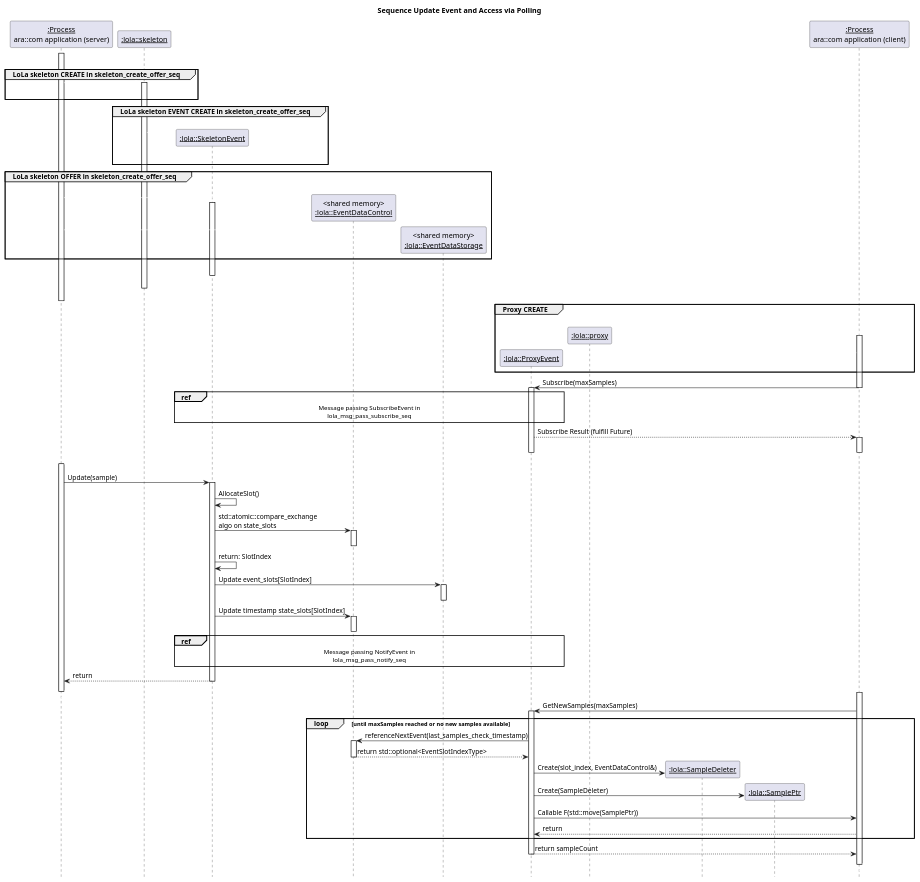
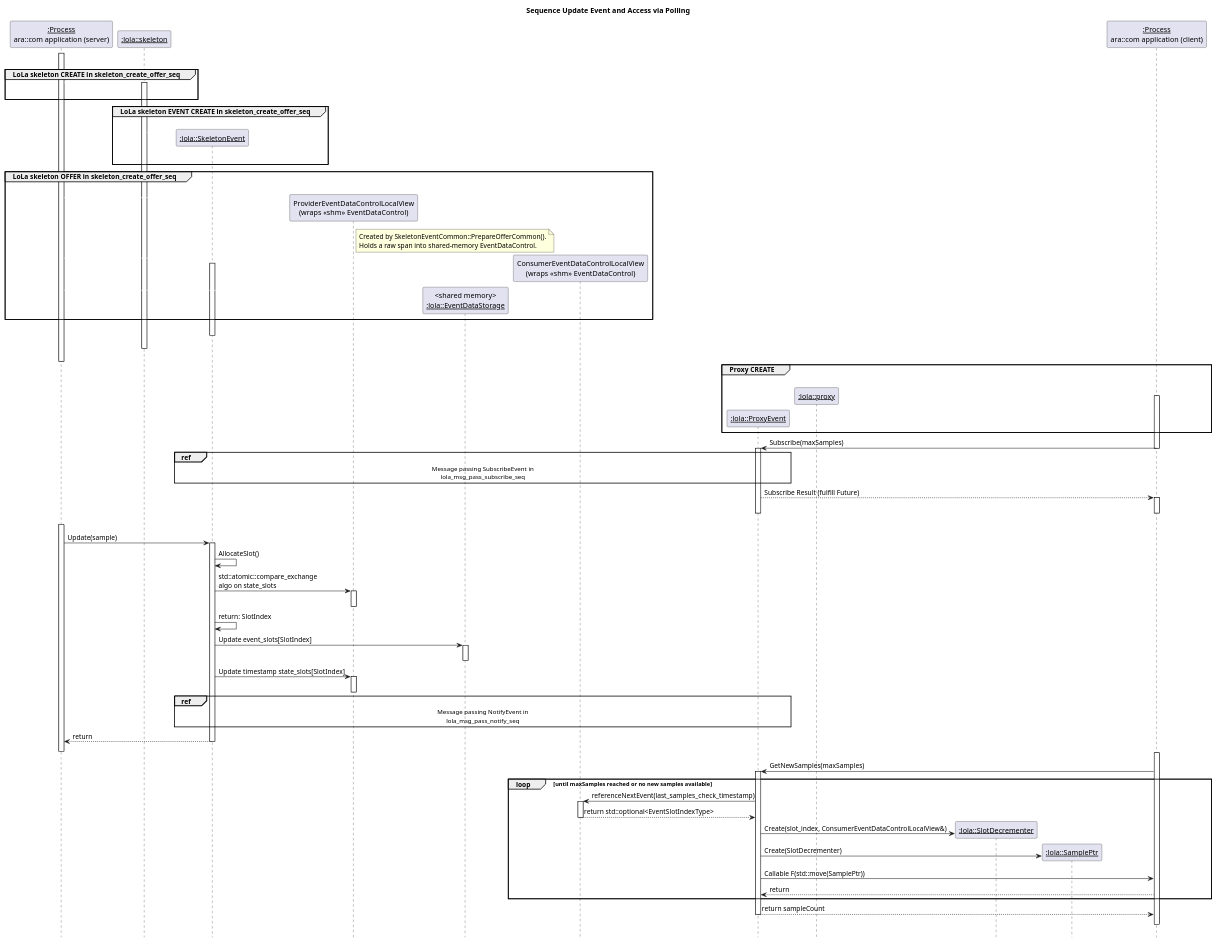
The diagram in score/mw/com/design/events_fields/event_poll_lola_seq.puml (eclipse-score/communication), drawn with PlantUML before and after one commit. The commit also changed 14 other files, not shown here.

Commit message:
update UML/diagrams to reflect local view architecture

```diff
--- a/score/mw/com/design/events_fields/event_poll_lola_seq.puml
+++ b/score/mw/com/design/events_fields/event_poll_lola_seq.puml
@@ -1,105 +1,112 @@
 @startuml event_poll_lola_seq
 title "Sequence Update Event and Access via Polling"
 hide footbox
 
 participant "<u>:Process</u>\nara::com application (server)" as Process1
 participant "<u>:lola::skeleton</u>" as skeleton
 participant "<u>:lola::SkeletonEvent</u>" as SkeletonEvent
-participant "<shared memory>\n<u>:lola::EventDataControl</u>" as EventDataControl
+participant "ProviderEventDataControlLocalView\n(wraps <<shm>> EventDataControl)" as ProviderLocalView
 participant "<shared memory>\n<u>:lola::EventDataStorage</u>" as EventDataStorage
+participant "ConsumerEventDataControlLocalView\n(wraps <<shm>> EventDataControl)" as ConsumerLocalView
 participant "<u>:lola::ProxyEvent</u>" as ProxyEvent
 participant "<u>:lola::proxy</u>" as proxy
-participant "<u>:lola::SampleDeleter</u>" as SampleDeleter
+participant "<u>:lola::SlotDecrementer</u>" as SlotDecrementer
 participant "<u>:lola::SamplePtr</u>" as SamplePtr
 participant "<u>:Process</u>\nara::com application (client)" as Process2
 
 activate Process1
 |||
 group LoLa skeleton CREATE in skeleton_create_offer_seq
     Process1 -[#white]> skeleton
     activate skeleton
     |||
 end
 
 group LoLa skeleton EVENT CREATE in skeleton_create_offer_seq
     |||
     create SkeletonEvent
     skeleton -[#white]> SkeletonEvent
     |||
 end
 
 group LoLa skeleton OFFER in skeleton_create_offer_seq
     |||
-    create EventDataControl
-    Process1 -[#white]> EventDataControl
+    create ProviderLocalView
+    Process1 -[#white]> ProviderLocalView
+    note right of ProviderLocalView
+      Created by SkeletonEventCommon::PrepareOfferCommon().
+      Holds a raw span into shared-memory EventDataControl.
+    end note
+    create ConsumerLocalView
+    Process1 -[#white]> ConsumerLocalView
     activate SkeletonEvent
     create EventDataStorage
     Process1 -[#white]> EventDataStorage
 end
 |||
 deactivate SkeletonEvent
 |||
 deactivate skeleton
 |||
 deactivate Process1
 
 group Proxy CREATE
     |||
     create proxy
     Process2 -[#white]> proxy
     activate Process2
     create ProxyEvent
     Process2 -[#white]> ProxyEvent
 end
 
 Process2 -> ProxyEvent: Subscribe(maxSamples)
 deactivate Process2
 activate ProxyEvent
 ref over SkeletonEvent, ProxyEvent: Message passing SubscribeEvent in\nlola_msg_pass_subscribe_seq
 ProxyEvent --> Process2: Subscribe Result (fulfill Future)
 activate Process2
 deactivate ProxyEvent
 deactivate Process2
 
 Process1 -[#white]> Process1
 activate Process1
 Process1 -> SkeletonEvent: Update(sample)
 activate SkeletonEvent
 SkeletonEvent -> SkeletonEvent: AllocateSlot()
-SkeletonEvent -> EventDataControl: std::atomic::compare_exchange\nalgo on state_slots
-activate EventDataControl
-deactivate EventDataControl
+SkeletonEvent -> ProviderLocalView: std::atomic::compare_exchange\nalgo on state_slots
+activate ProviderLocalView
+deactivate ProviderLocalView
 SkeletonEvent -> SkeletonEvent: return: SlotIndex
 SkeletonEvent -> EventDataStorage: Update event_slots[SlotIndex]
 activate EventDataStorage
 deactivate EventDataStorage
-SkeletonEvent -> EventDataControl: Update timestamp state_slots[SlotIndex]
-activate EventDataControl
-deactivate EventDataControl
+SkeletonEvent -> ProviderLocalView: Update timestamp state_slots[SlotIndex]
+activate ProviderLocalView
+deactivate ProviderLocalView
 ref over SkeletonEvent, ProxyEvent: Message passing NotifyEvent in\nlola_msg_pass_notify_seq
 Process1 <-- SkeletonEvent: return
 deactivate SkeletonEvent
 Process1 -[#white]> Process1
 deactivate Process1
 
 activate Process2
 Process2 -> ProxyEvent: GetNewSamples(maxSamples)
 activate ProxyEvent
 loop until maxSamples reached or no new samples available
-  ProxyEvent -> EventDataControl: referenceNextEvent(last_samples_check_timestamp)
-  activate EventDataControl
-  ProxyEvent <-- EventDataControl: return std::optional<EventSlotIndexType>
-  deactivate EventDataControl
-  create SampleDeleter
-  ProxyEvent -> SampleDeleter: Create(slot_index, EventDataControl&)
+  ProxyEvent -> ConsumerLocalView: referenceNextEvent(last_samples_check_timestamp)
+  activate ConsumerLocalView
+  ProxyEvent <-- ConsumerLocalView: return std::optional<EventSlotIndexType>
+  deactivate ConsumerLocalView
+  create SlotDecrementer
+  ProxyEvent -> SlotDecrementer: Create(slot_index, ConsumerEventDataControlLocalView&)
   create SamplePtr
-  ProxyEvent -> SamplePtr: Create(SampleDeleter)
+  ProxyEvent -> SamplePtr: Create(SlotDecrementer)
   Process2 <- ProxyEvent: Callable F(std::move(SamplePtr))
   Process2 --> ProxyEvent: return
 end
 Process2 <-- ProxyEvent: return sampleCount
 deactivate ProxyEvent
 Process2 -[#white]> Process2
 deactivate Process2
 
 @enduml
```
